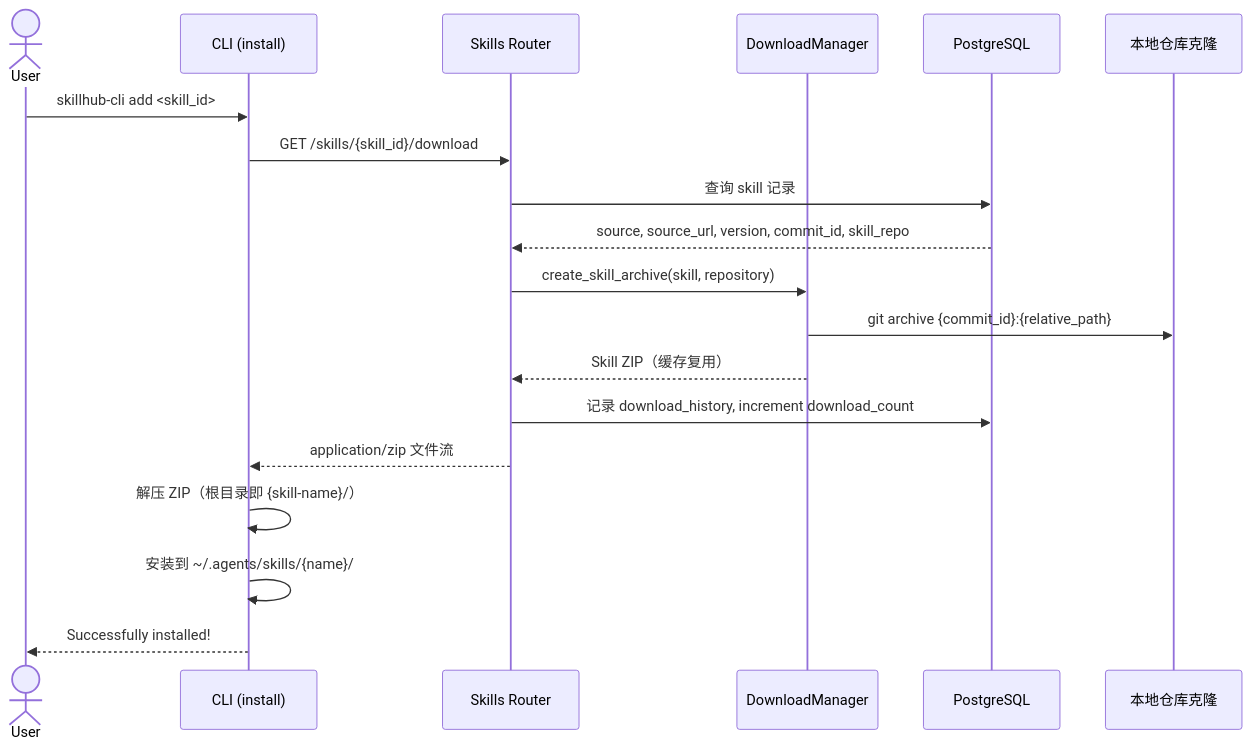
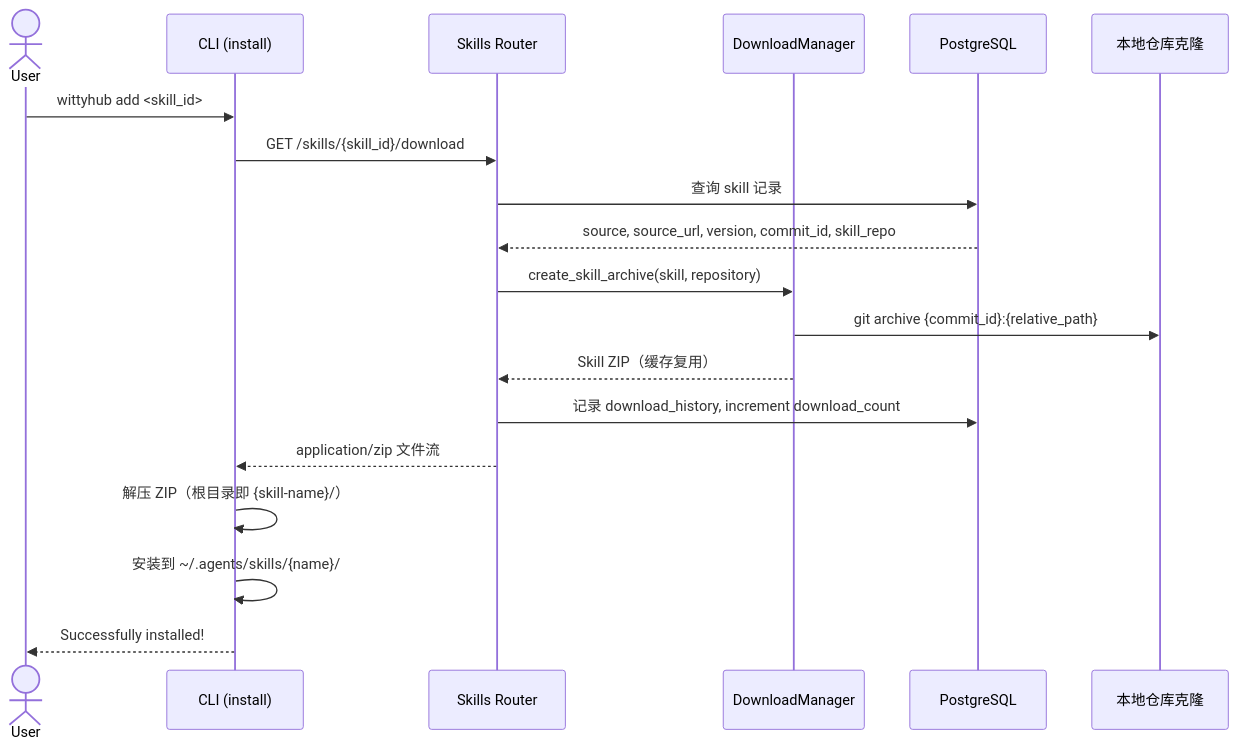
The seventh of 9 diagrams in doc/design/wittyhub-implementation-plan.md (openeuler-mirror/skillhub), drawn with Mermaid before and after one commit. The commit also changed other lines of this file and 6 other files, not shown here.

First line of the commit message:
chore: 统一 Skillhub 与 wittyhub 命名

````diff
--- a/doc/design/wittyhub-implementation-plan.md
+++ b/doc/design/wittyhub-implementation-plan.md
@@ -619,24 +619,24 @@
 ```mermaid
 sequenceDiagram
     actor User
     participant CLI as CLI (install)
     participant API as Skills Router
     participant DM as DownloadManager
     participant PG as PostgreSQL
     participant REPO as 本地仓库克隆
 
-    User->>CLI: skillhub-cli add <skill_id>
+    User->>CLI: wittyhub add <skill_id>
 
     CLI->>API: GET /skills/{skill_id}/download
     API->>PG: 查询 skill 记录
     PG-->>API: source, source_url, version, commit_id, skill_repo
     API->>DM: create_skill_archive(skill, repository)
     DM->>REPO: git archive {commit_id}:{relative_path}
     DM-->>API: Skill ZIP（缓存复用）
     API->>PG: 记录 download_history, increment download_count
     API-->>CLI: application/zip 文件流
 
     CLI->>CLI: 解压 ZIP（根目录即 {skill-name}/）
     CLI->>CLI: 安装到 ~/.agents/skills/{name}/
     CLI-->>User: Successfully installed!
 ```
````
